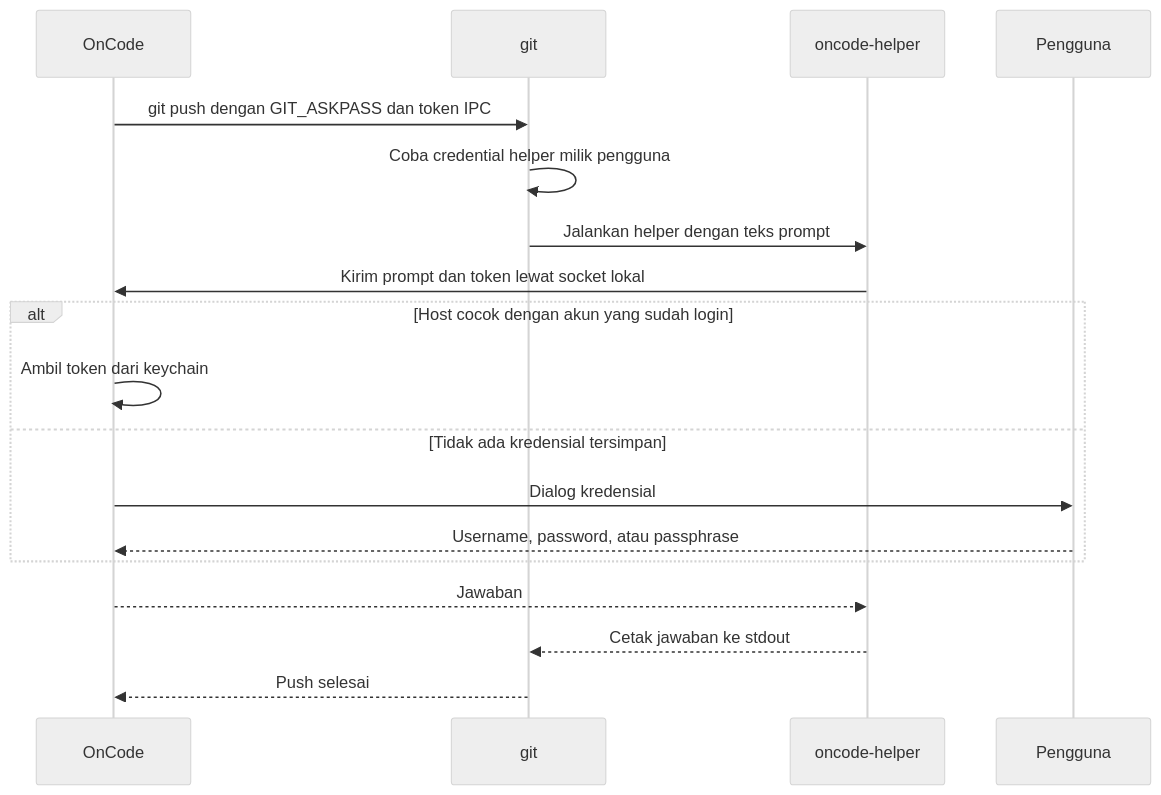
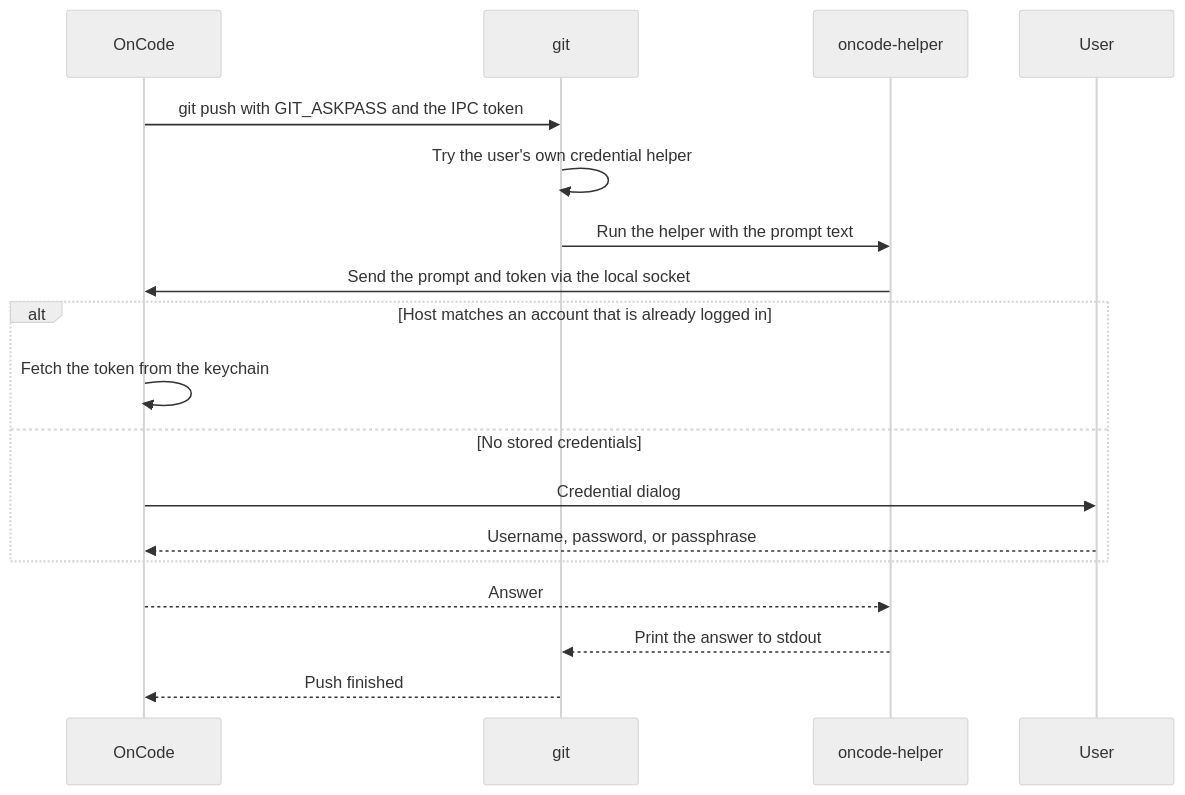
One commit to OkkyRoyDirgantara/oncode changed the fourth of 6 diagrams in docs/archive/DESIGN-v0.2-tauri.md. Above: the diagram before and after it, drawn with Mermaid (neutral theme). The commit also changed other lines of this file and 240 other files, not shown here.

````diff
--- a/docs/archive/DESIGN-v0.2-tauri.md
+++ b/docs/archive/DESIGN-v0.2-tauri.md
@@ -756,21 +756,21 @@
 ```mermaid
 sequenceDiagram
     participant A as OnCode
     participant G as git
     participant H as oncode-helper
-    participant U as Pengguna
+    participant U as User
 
-    A->>G: git push dengan GIT_ASKPASS dan token IPC
-    G->>G: Coba credential helper milik pengguna
-    G->>H: Jalankan helper dengan teks prompt
-    H->>A: Kirim prompt dan token lewat socket lokal
-    alt Host cocok dengan akun yang sudah login
-        A->>A: Ambil token dari keychain
-    else Tidak ada kredensial tersimpan
-        A->>U: Dialog kredensial
-        U-->>A: Username, password, atau passphrase
+    A->>G: git push with GIT_ASKPASS and the IPC token
+    G->>G: Try the user's own credential helper
+    G->>H: Run the helper with the prompt text
+    H->>A: Send the prompt and token via the local socket
+    alt Host matches an account that is already logged in
+        A->>A: Fetch the token from the keychain
+    else No stored credentials
+        A->>U: Credential dialog
+        U-->>A: Username, password, or passphrase
     end
-    A-->>H: Jawaban
-    H-->>G: Cetak jawaban ke stdout
-    G-->>A: Push selesai
+    A-->>H: Answer
+    H-->>G: Print the answer to stdout
+    G-->>A: Push finished
 ```
````
